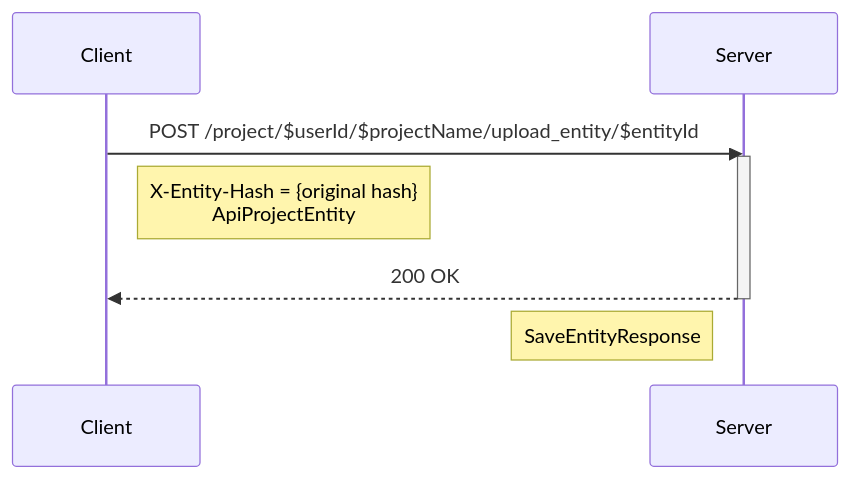
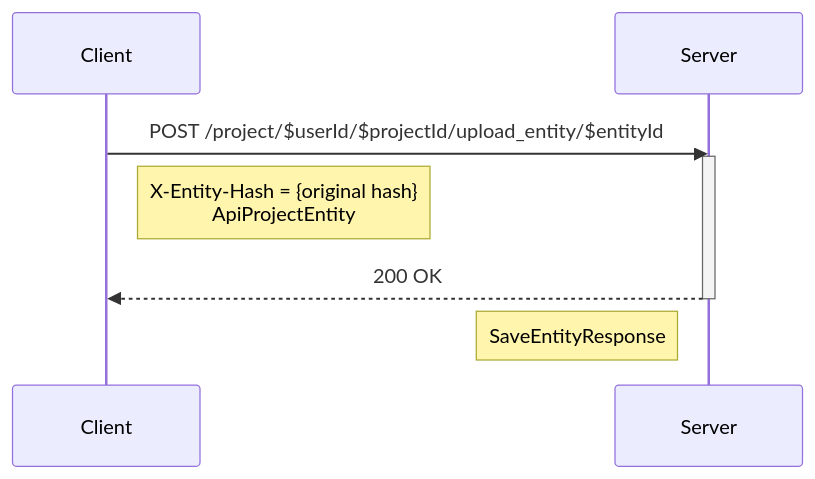
One commit to Darkrock-Studios/hammer-editor changed the sixth of 10 diagrams in docs/SYNCING-PROTOCOL.md. Above: the diagram before and after it, drawn with Mermaid. The commit also changed other lines of this file and 33 other files, not shown here.

````diff
--- a/docs/SYNCING-PROTOCOL.md
+++ b/docs/SYNCING-PROTOCOL.md
@@ -321,14 +321,14 @@
 ```mermaid
 sequenceDiagram
     participant Client
     participant Server
 
-    Client->>Server: POST /project/$userId/$projectName/upload_entity/$entityId
+    Client->>Server: POST /project/$userId/$projectId/upload_entity/$entityId
 	activate Server
 	Note right of Client: X-Entity-Hash = {original hash} <br /> ApiProjectEntity
 
 	Server -->> Client: 200 OK
 	deactivate Server
 	activate Client
 	Note left of Server: SaveEntityResponse
 ```
````
